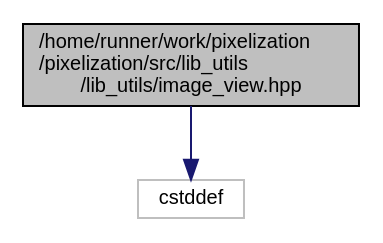
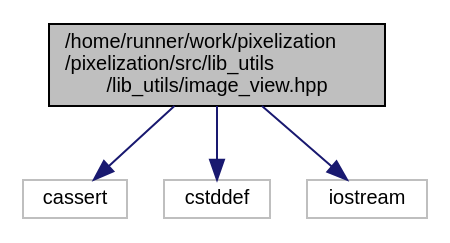
Before and after one commit to lukki15/pixelization: the diagram in image__view_8hpp__incl.dot, drawn with Graphviz. The commit also changed 43 other files, not shown here.

```diff
--- a/image__view_8hpp__incl.dot
+++ b/image__view_8hpp__incl.dot
@@ -1,9 +1,13 @@
 digraph "/home/runner/work/pixelization/pixelization/src/lib_utils/lib_utils/image_view.hpp"
 {
  // LATEX_PDF_SIZE
   edge [fontname="Helvetica",fontsize="10",labelfontname="Helvetica",labelfontsize="10"];
   node [fontname="Helvetica",fontsize="10",shape=record];
   Node1 [label="/home/runner/work/pixelization\l/pixelization/src/lib_utils\l/lib_utils/image_view.hpp",height=0.2,width=0.4,color="black", fillcolor="grey75", style="filled", fontcolor="black",tooltip=" "];
   Node1 -> Node2 [color="midnightblue",fontsize="10",style="solid",fontname="Helvetica"];
-  Node2 [label="cstddef",height=0.2,width=0.4,color="grey75", fillcolor="white", style="filled",tooltip=" "];
+  Node2 [label="cassert",height=0.2,width=0.4,color="grey75", fillcolor="white", style="filled",tooltip=" "];
+  Node1 -> Node3 [color="midnightblue",fontsize="10",style="solid",fontname="Helvetica"];
+  Node3 [label="cstddef",height=0.2,width=0.4,color="grey75", fillcolor="white", style="filled",tooltip=" "];
+  Node1 -> Node4 [color="midnightblue",fontsize="10",style="solid",fontname="Helvetica"];
+  Node4 [label="iostream",height=0.2,width=0.4,color="grey75", fillcolor="white", style="filled",tooltip=" "];
 }
```
